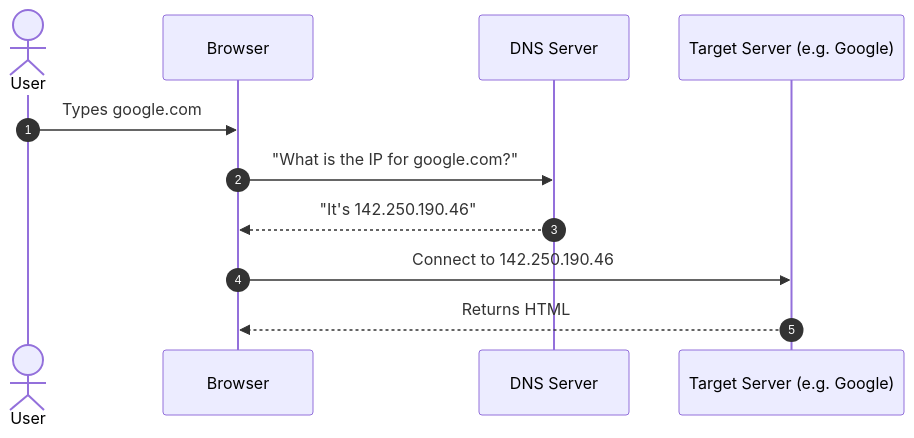
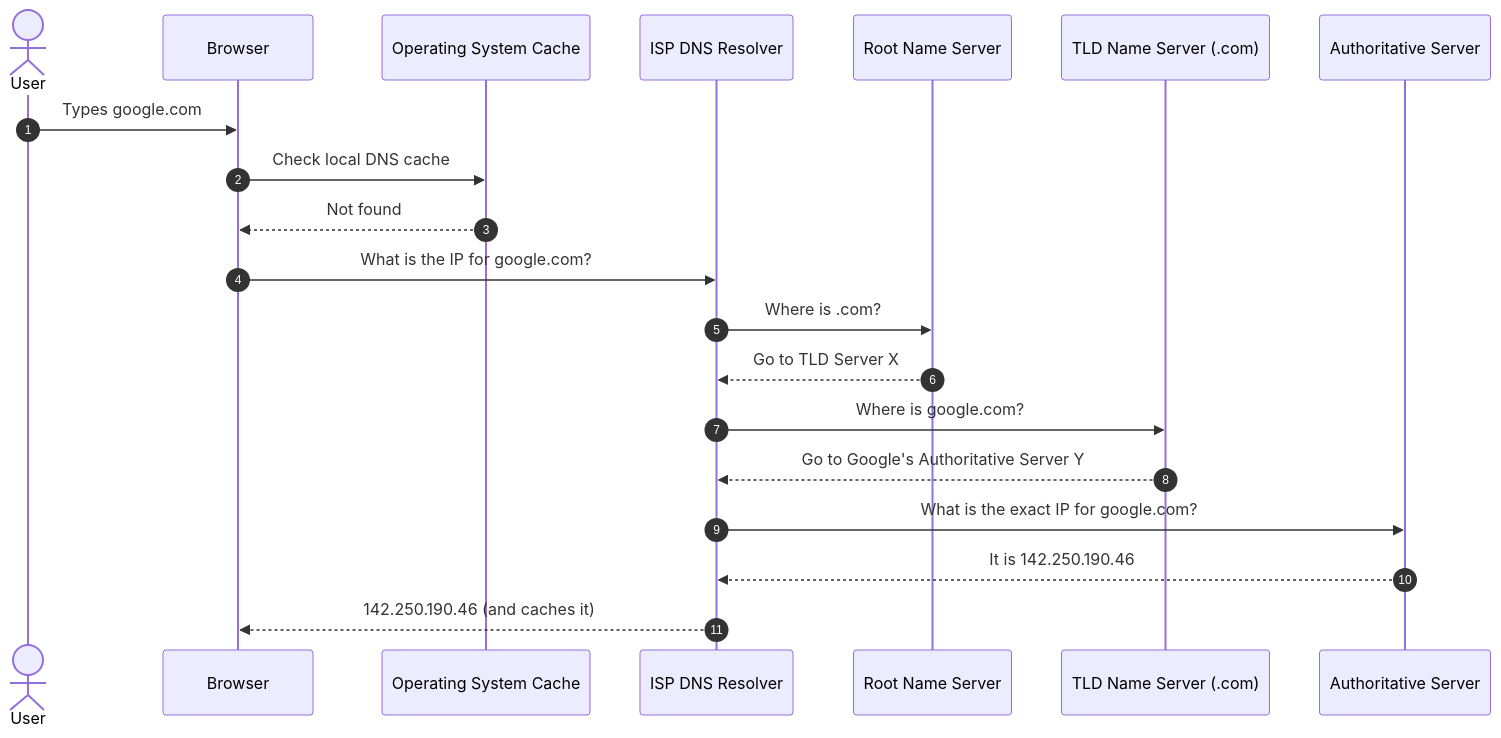
Before and after one commit to ssambh/spring-boot-kafka-payment-service: the first of 7 diagrams in BACKEND_FUNDAMENTALS.md, drawn with Mermaid. The commit also changed other lines of this file and 1 other file, not shown here.

````diff
--- a/BACKEND_FUNDAMENTALS.md
+++ b/BACKEND_FUNDAMENTALS.md
@@ -15,14 +19,23 @@
 ```mermaid
 sequenceDiagram
     autonumber
     actor User
     participant Browser
-    participant DNS as DNS Server
-    participant Server as Target Server (e.g. Google)
+    participant OS as Operating System Cache
+    participant Resolver as ISP DNS Resolver
+    participant Root as Root Name Server
+    participant TLD as TLD Name Server (.com)
+    participant Auth as Authoritative Server
 
     User->>Browser: Types google.com
-    Browser->>DNS: "What is the IP for google.com?"
-    DNS-->>Browser: "It's 142.250.190.46"
-    Browser->>Server: Connect to 142.250.190.46
-    Server-->>Browser: Returns HTML
+    Browser->>OS: Check local DNS cache
+    OS-->>Browser: Not found
+    Browser->>Resolver: What is the IP for google.com?
+    Resolver->>Root: Where is .com?
+    Root-->>Resolver: Go to TLD Server X
+    Resolver->>TLD: Where is google.com?
+    TLD-->>Resolver: Go to Google's Authoritative Server Y
+    Resolver->>Auth: What is the exact IP for google.com?
+    Auth-->>Resolver: It is 142.250.190.46
+    Resolver-->>Browser: 142.250.190.46 (and caches it)
 ```
````
